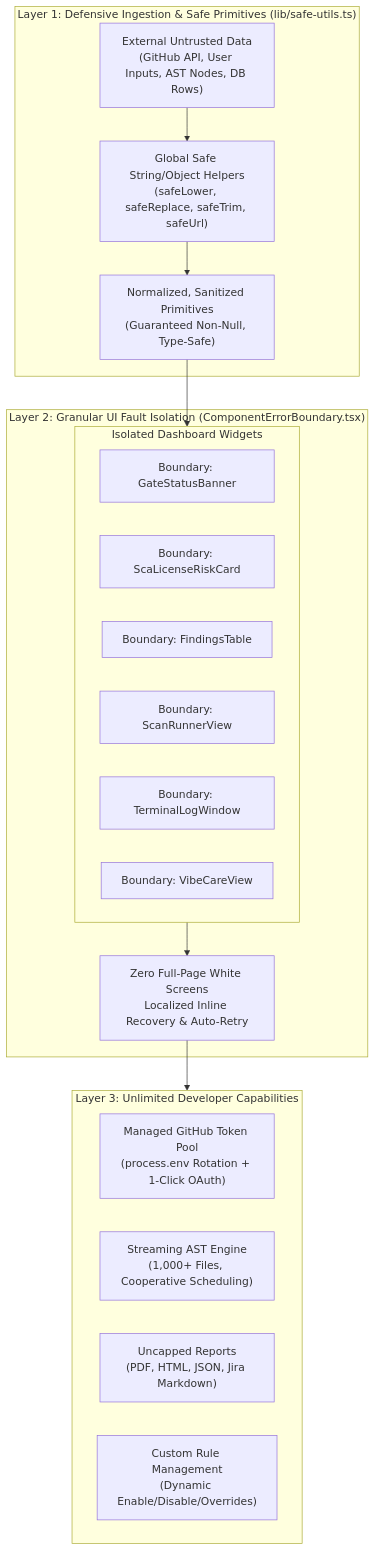
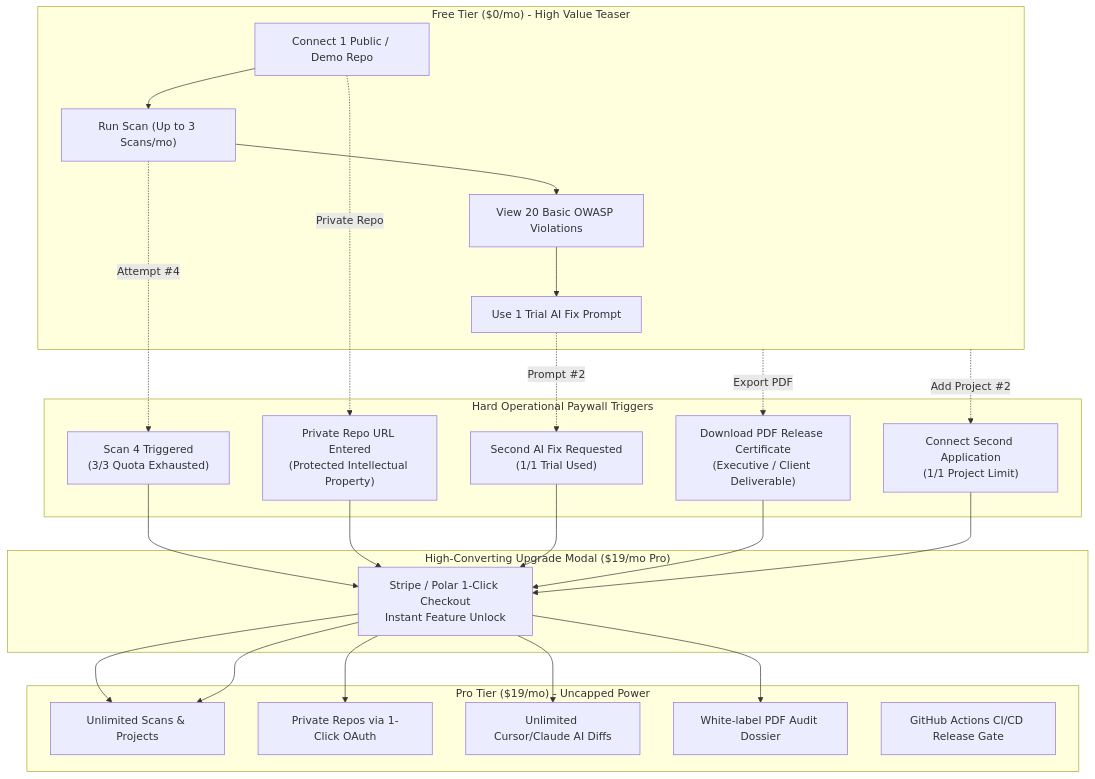
Before and after one commit to BedirhanElibol/shipguard-saas: the diagram in docs/PLAN.md, drawn with Mermaid. The commit also changed other lines of this file and 15 other files, not shown here.

Commit message:
feat(monetization): implement hard operational paywalls, visual usage gauge, and tier matrix modal

````diff
--- a/docs/PLAN.md
+++ b/docs/PLAN.md
@@ -25,31 +22,34 @@
 ```mermaid
 flowchart TD
-    subgraph Layer1["Layer 1: Defensive Ingestion & Safe Primitives (lib/safe-utils.ts)"]
-        RawData["External Untrusted Data<br/>(GitHub API, User Inputs, AST Nodes, DB Rows)"]
-        SafeUtils["Global Safe String/Object Helpers<br/>(safeLower, safeReplace, safeTrim, safeUrl)"]
-        SanitizedData["Normalized, Sanitized Primitives<br/>(Guaranteed Non-Null, Type-Safe)"]
-        RawData --> SafeUtils --> SanitizedData
+    subgraph FreeUserJourney["Free Tier ($0/mo) - High Value Teaser"]
+        F1["Connect 1 Public / Demo Repo"] --> F2["Run Scan (Up to 3 Scans/mo)"]
+        F2 --> F3["View 20 Basic OWASP Violations"]
+        F3 --> F4["Use 1 Trial AI Fix Prompt"]
     end
 
-    subgraph Layer2["Layer 2: Granular UI Fault Isolation (ComponentErrorBoundary.tsx)"]
-        SanitizedData --> UIViews
-        subgraph UIViews["Isolated Dashboard Widgets"]
-            EB1["Boundary: GateStatusBanner"]
-            EB2["Boundary: ScaLicenseRiskCard"]
-            EB3["Boundary: FindingsTable"]
-            EB4["Boundary: ScanRunnerView"]
-            EB5["Boundary: TerminalLogWindow"]
-            EB6["Boundary: VibeCareView"]
-        end
-        UIViews --> IsolatedRendering["Zero Full-Page White Screens<br/>Localized Inline Recovery & Auto-Retry"]
+    subgraph HardPaywalls["Hard Operational Paywall Triggers"]
+        PW1["Scan 4 Triggered<br/>(3/3 Quota Exhausted)"]
+        PW2["Private Repo URL Entered<br/>(Protected Intellectual Property)"]
+        PW3["Second AI Fix Requested<br/>(1/1 Trial Used)"]
+        PW4["Download PDF Release Certificate<br/>(Executive / Client Deliverable)"]
+        PW5["Connect Second Application<br/>(1/1 Project Limit)"]
     end
 
-    subgraph PlatformCapabilities["Layer 3: Unlimited Developer Capabilities"]
-        TokenPool["Managed GitHub Token Pool<br/>(process.env Rotation + 1-Click OAuth)"]
-        StreamEngine["Streaming AST Engine<br/>(1,000+ Files, Cooperative Scheduling)"]
-        FreeExports["Uncapped Reports<br/>(PDF, HTML, JSON, Jira Markdown)"]
-        CustomRules["Custom Rule Management<br/>(Dynamic Enable/Disable/Overrides)"]
+    subgraph ConversionModal["High-Converting Upgrade Modal ($19/mo Pro)"]
+        CM["Stripe / Polar 1-Click Checkout<br/>Instant Feature Unlock"]
     end
 
-    IsolatedRendering --> PlatformCapabilities
+    subgraph ProUnlimited["Pro Tier ($19/mo) - Uncapped Power"]
+        PRO1["Unlimited Scans & Projects"]
+        PRO2["Private Repos via 1-Click OAuth"]
+        PRO3["Unlimited Cursor/Claude AI Diffs"]
+        PRO4["White-label PDF Audit Dossier"]
+        PRO5["GitHub Actions CI/CD Release Gate"]
+    end
+
+    F2 -.->|Attempt #4| PW1 --> CM --> PRO1
+    F1 -.->|Private Repo| PW2 --> CM --> PRO2
+    F4 -.->|Prompt #2| PW3 --> CM --> PRO3
+    FreeUserJourney -.->|Export PDF| PW4 --> CM --> PRO4
+    FreeUserJourney -.->|Add Project #2| PW5 --> CM --> PRO1
 ```
````
